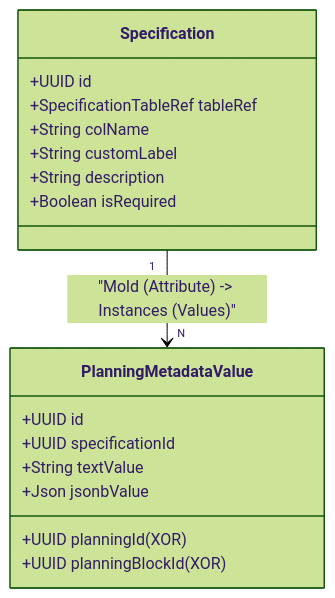
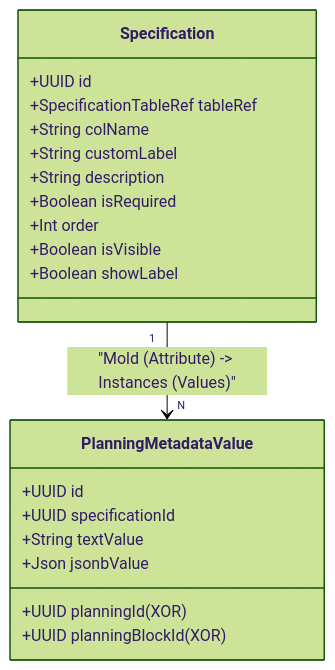
Before and after one commit to azevgabriel/teachy-test: the second of 2 diagrams in apps/service/docs/planning/01_DATA_MODEL.md, drawn with Mermaid (forest theme). The commit also changed other lines of this file and 16 other files, not shown here.

````diff
--- a/apps/service/docs/planning/01_DATA_MODEL.md
+++ b/apps/service/docs/planning/01_DATA_MODEL.md
@@ -88,20 +88,23 @@
 ```mermaid
 classDiagram
     class Specification {
         +UUID id
         +SpecificationTableRef tableRef
         +String colName
         +String customLabel
         +String description
         +Boolean isRequired
+        +Int order
+        +Boolean isVisible
+        +Boolean showLabel
     }
     class PlanningMetadataValue {
         +UUID id
         +UUID specificationId
         +UUID planningId (XOR)
         +UUID planningBlockId (XOR)
         +String textValue
         +Json jsonbValue
     }
     Specification "1" --> "N" PlanningMetadataValue : "Mold (Attribute) -> Instances (Values)"
 ```
````
